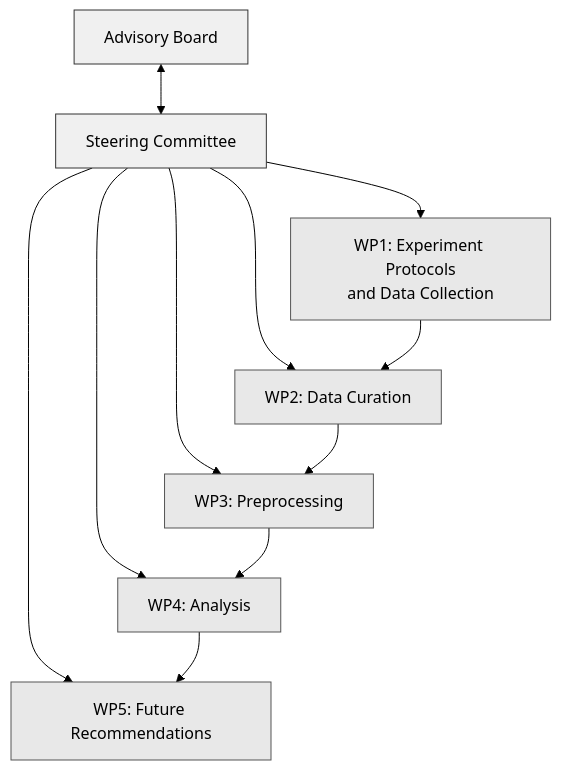
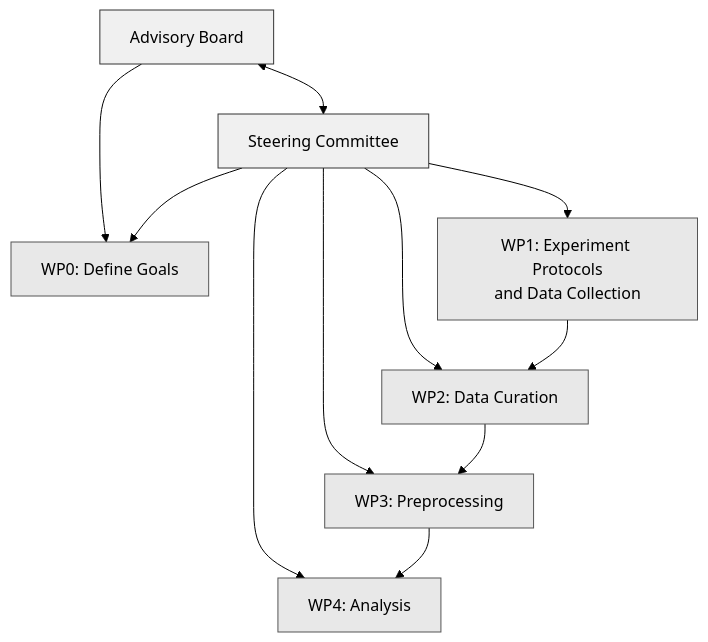
Before and after one commit to JuliusWelzel/eegmanysteps: the diagram in index.qmd, drawn with Mermaid (forest theme). The commit also changed other lines of this file and 4 other files, not shown here.

````diff
--- a/index.qmd
+++ b/index.qmd
@@ -78,31 +39,34 @@
 ```{mermaid}
 graph TD
     style A fill:#F0F0F0,stroke:#333,stroke-width:1px,corner-radius:5px
     style S fill:#F0F0F0,stroke:#333,stroke-width:1px,corner-radius:5px
+    style B0 fill:#E8E8E8,stroke:#555,stroke-width:1px,corner-radius:5px
     style B1 fill:#E8E8E8,stroke:#555,stroke-width:1px,corner-radius:5px
     style B2 fill:#E8E8E8,stroke:#555,stroke-width:1px,corner-radius:5px
     style B3 fill:#E8E8E8,stroke:#555,stroke-width:1px,corner-radius:5px
     style B4 fill:#E8E8E8,stroke:#555,stroke-width:1px,corner-radius:5px
-    style B5 fill:#E8E8E8,stroke:#555,stroke-width:1px,corner-radius:5px
+
 
     A[ Advisory Board]
     S[Steering Committee]
+    B0[WP0: Define Goals]
     B1[WP1: Experiment Protocols<br>and Data Collection]
     B2[WP2: Data Curation]
     B3[WP3: Preprocessing]
     B4[WP4: Analysis]
-    B5[WP5: Future Recommendations]
 
     A <--> S
+    A --> B0
+    S --> B0
     S --> B1
     S --> B2
     S --> B3
     S --> B4
-    S --> B5
+
     B1 --> B2
     B2 --> B3
     B3 --> B4
-    B4 --> B5
+
     
 
 ```
````
